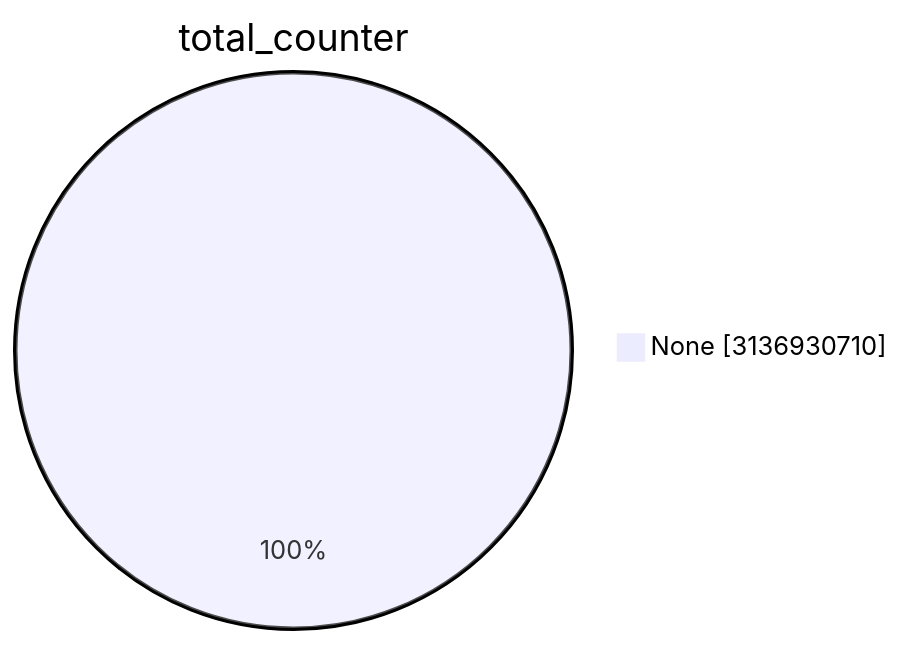
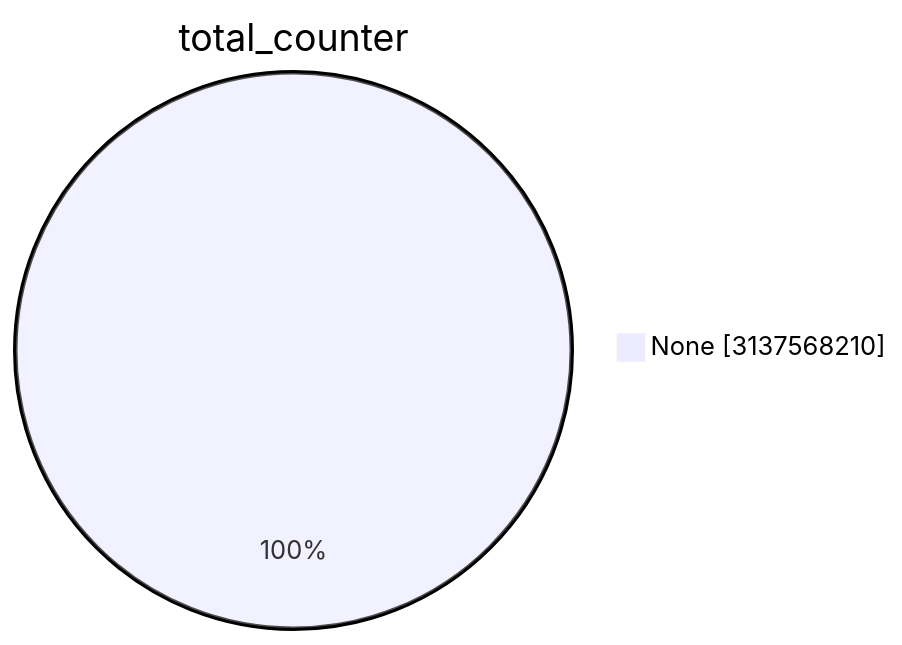
Before and after one commit to christiankrug/ctmonitor_visualization: the first of 15 diagrams in TOTAL/README.md, drawn with Mermaid. The commit also changed other lines of this file, not shown here.

````diff
--- a/TOTAL/README.md
+++ b/TOTAL/README.md
@@ -1,5 +1,5 @@
 ```mermaid
 pie showData
 title total_counter
-"None" :3136930710
+"None" :3137568210
 ```
````
